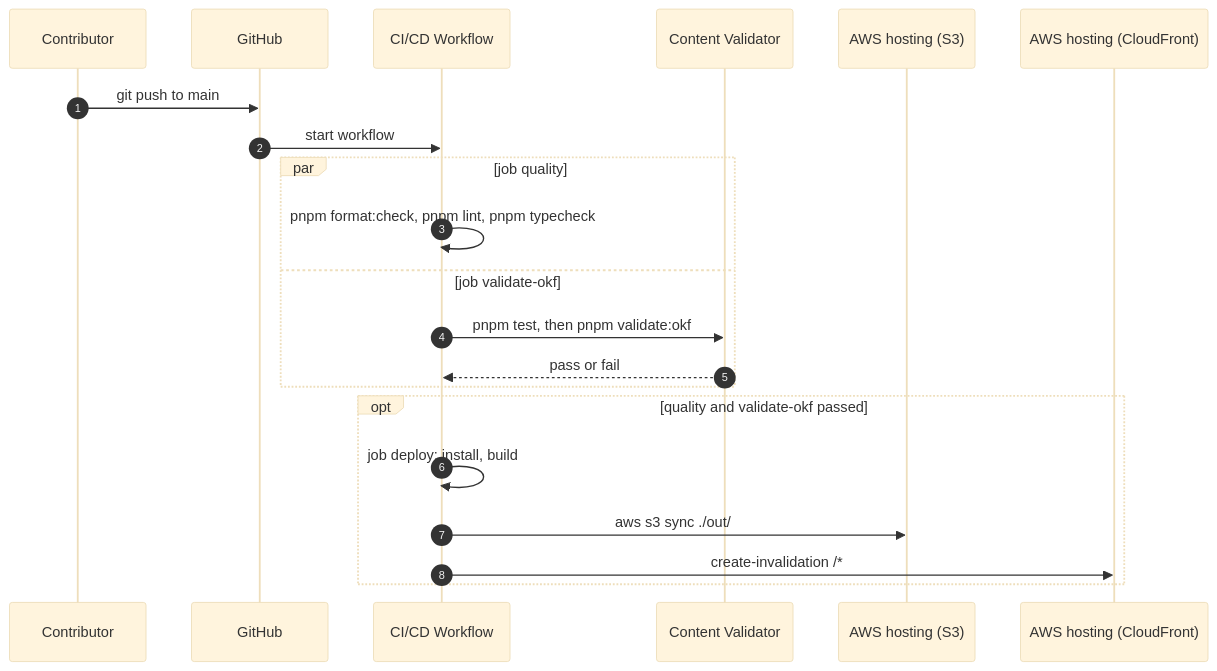
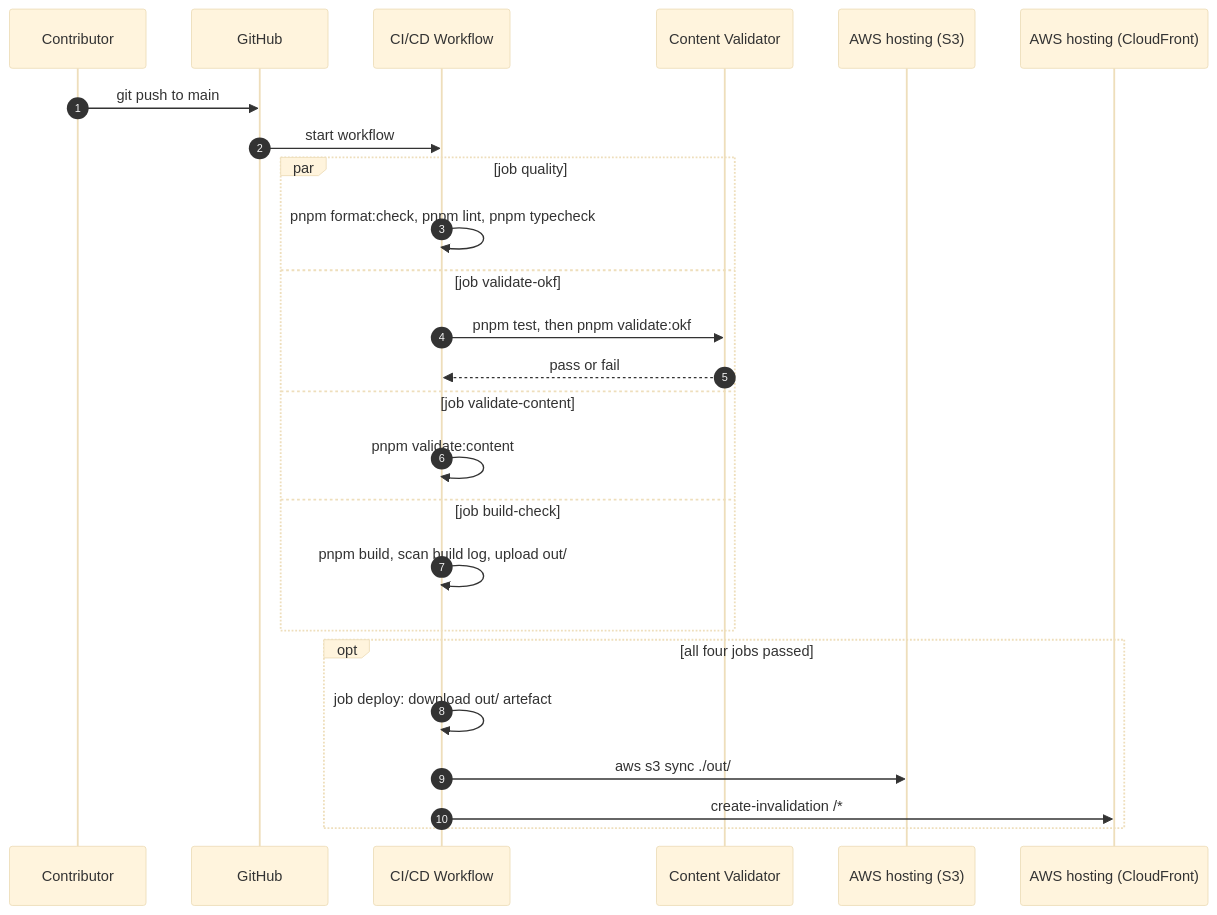
One commit to mrpitch/atelier-fuer-innovationen changed the diagram in docs/architecture/06-runtime/runtime-publish-change.md. Above: the diagram before and after it, drawn with Mermaid (base theme). The commit also changed other lines of this file and 421 other files, not shown here.

````diff
--- a/docs/architecture/06-runtime/runtime-publish-change.md
+++ b/docs/architecture/06-runtime/runtime-publish-change.md
@@ -34,26 +34,30 @@
 ```mermaid
 sequenceDiagram
   accTitle: Publishing a change
-  accDescr: A push to main starts the workflow. Job quality runs the format check, lint and typecheck. Job validate-okf runs the tests and the Content Validator. Job deploy starts only when both have passed. It installs, builds, syncs the export to S3 and invalidates CloudFront.
+  accDescr: A push to main starts the workflow. Job quality runs the format check, lint and typecheck. Job validate-okf runs the tests and the Content Validator. Job validate-content checks content integrity. Job build-check builds the site, scans the log for missing-image warnings and keeps the export as an artefact. Job deploy starts only when all four have passed. It syncs that export to S3 and invalidates CloudFront.
   autonumber
   participant C as Contributor
   participant GH as GitHub
   participant CI as CI/CD Workflow
   participant VAL as Content Validator
   participant S3 as AWS hosting (S3)
   participant CF as AWS hosting (CloudFront)
 
   C->>GH: git push to main
   GH->>CI: start workflow
   par job quality
     CI->>CI: pnpm format:check, pnpm lint, pnpm typecheck
   and job validate-okf
     CI->>VAL: pnpm test, then pnpm validate:okf
     VAL-->>CI: pass or fail
+  and job validate-content
+    CI->>CI: pnpm validate:content
+  and job build-check
+    CI->>CI: pnpm build, scan build log, upload out/
   end
-  opt quality and validate-okf passed
-    CI->>CI: job deploy: install, build
+  opt all four jobs passed
+    CI->>CI: job deploy: download out/ artefact
     CI->>S3: aws s3 sync ./out/
     CI->>CF: create-invalidation /*
   end
 ```
````
